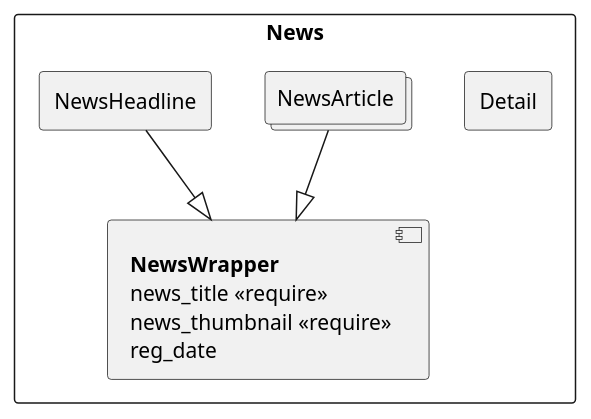
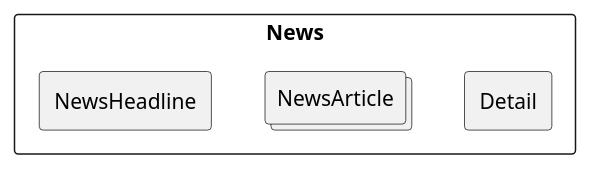
The third of 5 diagrams in docs/Client/README.md (JunilHwang/zum_pilot), drawn with PlantUML before and after one commit. The commit also changed other lines of this file, not shown here.

Commit message:
Component Structure 수정

```diff
--- a/docs/Client/README.md
+++ b/docs/Client/README.md
@@ -91,17 +84,9 @@
 @startuml
 rectangle News {
   rectangle NewsHeadline
   collections NewsArticle
   rectangle Detail
-  component NewsWrapper [
-    <b>NewsWrapper
-    news_title <<require>>
-    news_thumbnail <<require>>
-    reg_date
-  ]
 }
 NewsHeadline -[hidden] NewsArticle
 NewsArticle -[hidden] Detail
-NewsHeadline --|> NewsWrapper
-NewsArticle --|> NewsWrapper
 @enduml
```
